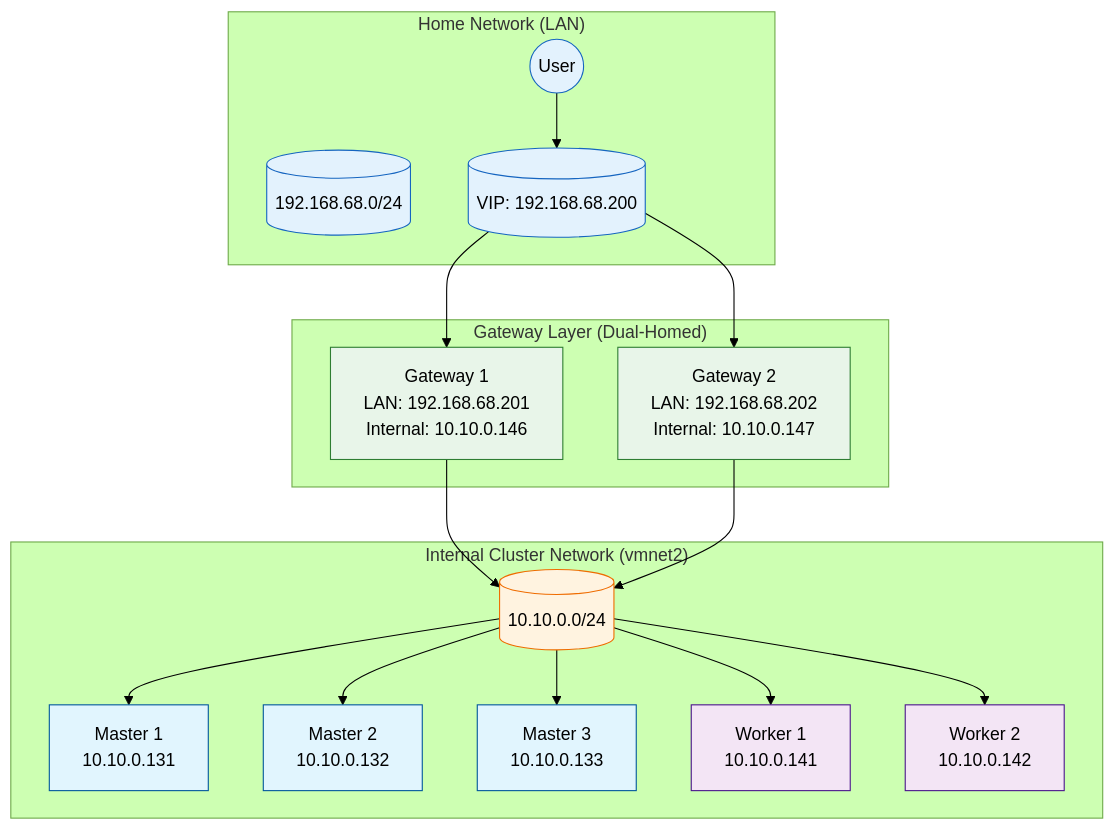
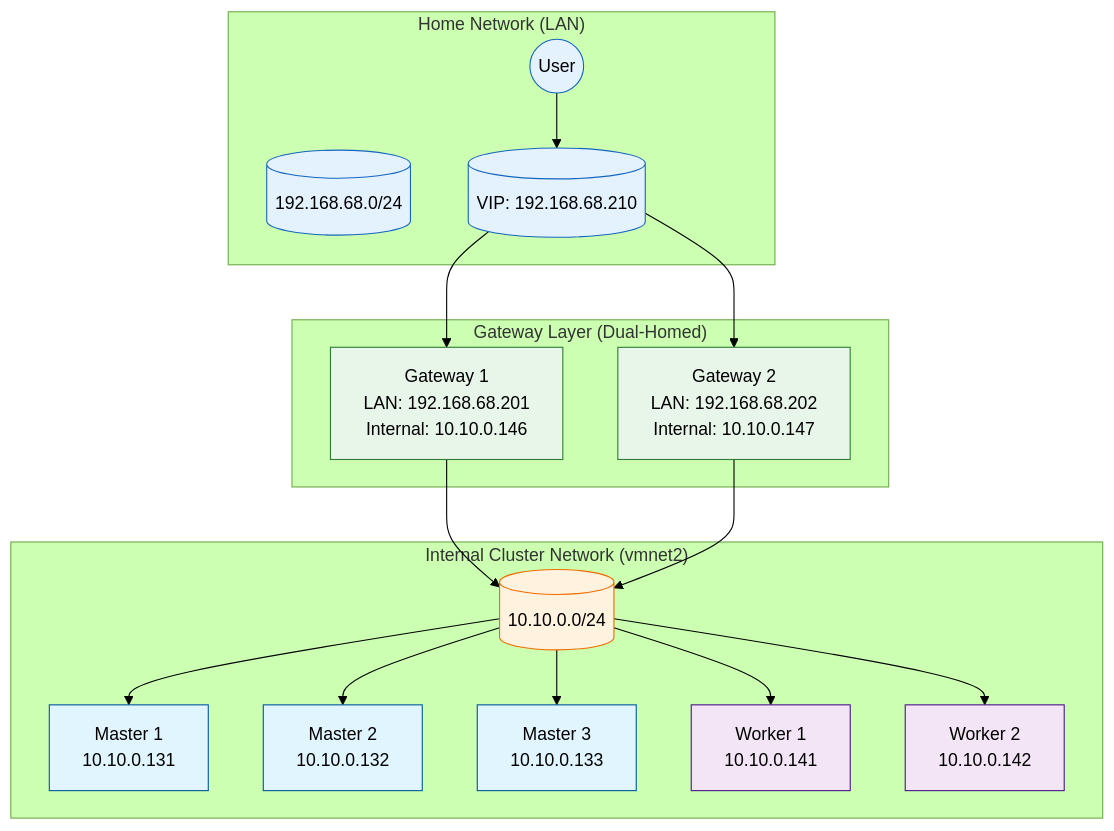
One commit to alfredojrc/k8s changed the diagram in docs/infrastructure.md. Above: the diagram before and after it, drawn with Mermaid (forest theme). The commit also changed other lines of this file and 12 other files, not shown here.

````diff
--- a/docs/infrastructure.md
+++ b/docs/infrastructure.md
@@ -7,39 +7,39 @@
 ```mermaid
 graph TB
     subgraph "Home Network (LAN)"
         LAN[("192.168.68.0/24")]
-        VIP[("VIP: 192.168.68.200")]
+        VIP[("VIP: 192.168.68.210")]
         User((User))
     end
 
     subgraph "Gateway Layer (Dual-Homed)"
         GW1["Gateway 1<br/>LAN: 192.168.68.201<br/>Internal: 10.10.0.146"]
         GW2["Gateway 2<br/>LAN: 192.168.68.202<br/>Internal: 10.10.0.147"]
     end
 
     subgraph "Internal Cluster Network (vmnet2)"
         VMNET2[("10.10.0.0/24")]
         M1["Master 1<br/>10.10.0.131"]
         M2["Master 2<br/>10.10.0.132"]
         M3["Master 3<br/>10.10.0.133"]
         W1["Worker 1<br/>10.10.0.141"]
         W2["Worker 2<br/>10.10.0.142"]
     end
 
     User --> VIP
     VIP --> GW1 & GW2
     GW1 & GW2 --> VMNET2
     VMNET2 --> M1 & M2 & M3 & W1 & W2
 
     classDef lan fill:#e3f2fd,stroke:#1565c0
     classDef gateway fill:#e8f5e9,stroke:#2e7d32
     classDef internal fill:#fff3e0,stroke:#ef6c00
     classDef master fill:#e1f5fe,stroke:#01579b
     classDef worker fill:#f3e5f5,stroke:#4a148c
 
     class LAN,VIP,User lan
     class GW1,GW2 gateway
     class VMNET2 internal
     class M1,M2,M3 master
     class W1,W2 worker
 ```
````
